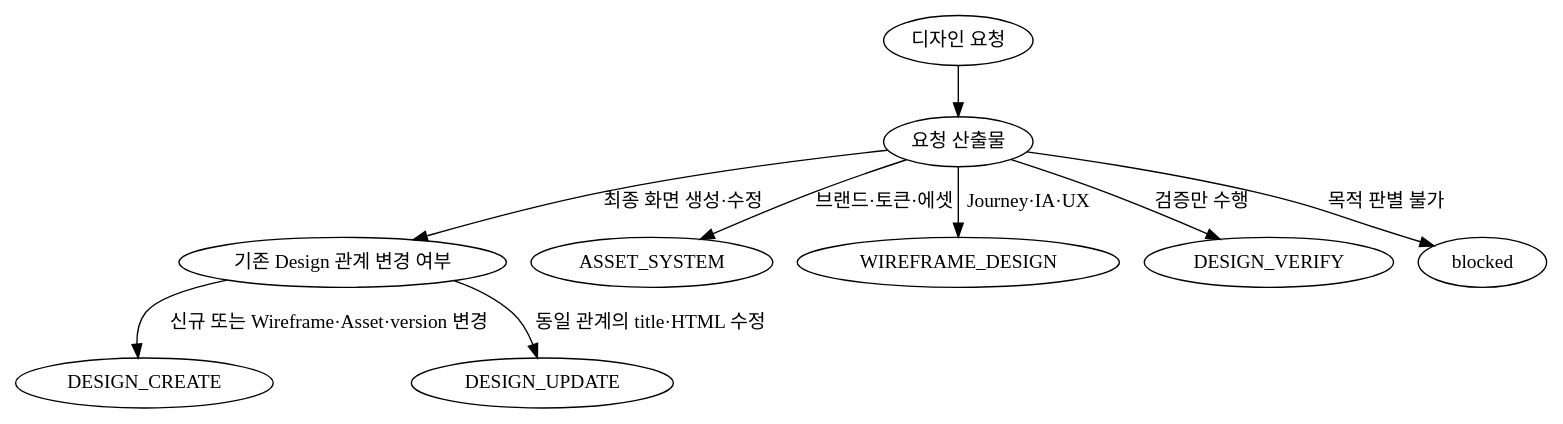
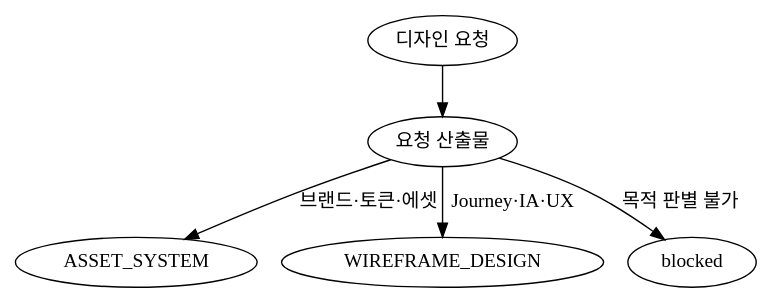
One commit to NohYusung/yusung-harness changed the diagram in .codex/agents/designer/designer.md. Above: the diagram before and after it, drawn with Graphviz. The commit also changed other lines of this file and 56 other files, not shown here.

````diff
--- a/.codex/agents/designer/designer.md
+++ b/.codex/agents/designer/designer.md
@@ -57,22 +40,14 @@
 ```dot
 digraph designer_mode_selection {
   request [label="디자인 요청"];
   artifact [label="요청 산출물"];
-  identity [label="기존 Design 관계 변경 여부"];
   asset [label="ASSET_SYSTEM"];
   wireframe [label="WIREFRAME_DESIGN"];
-  create [label="DESIGN_CREATE"];
-  update [label="DESIGN_UPDATE"];
-  verify [label="DESIGN_VERIFY"];
   blocked [label="blocked"];
 
   request -> artifact;
   artifact -> asset [label="브랜드·토큰·에셋"];
   artifact -> wireframe [label="Journey·IA·UX"];
-  artifact -> identity [label="최종 화면 생성·수정"];
-  artifact -> verify [label="검증만 수행"];
   artifact -> blocked [label="목적 판별 불가"];
-  identity -> create [label="신규 또는 Wireframe·Asset·version 변경"];
-  identity -> update [label="동일 관계의 title·HTML 수정"];
 }
 ```
````
